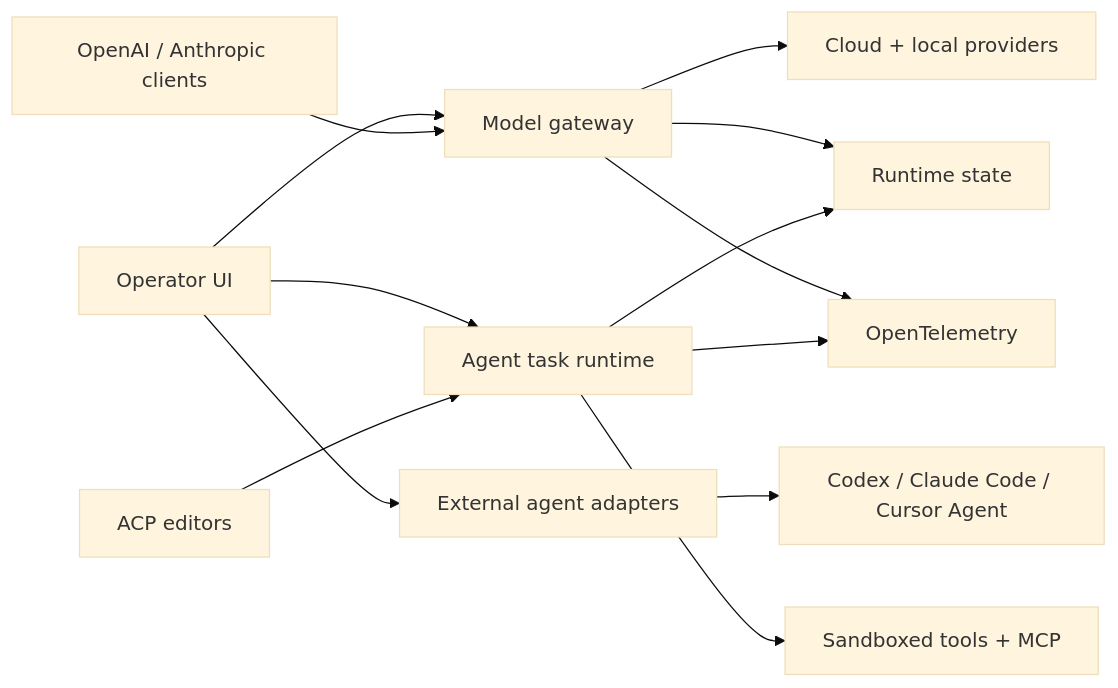
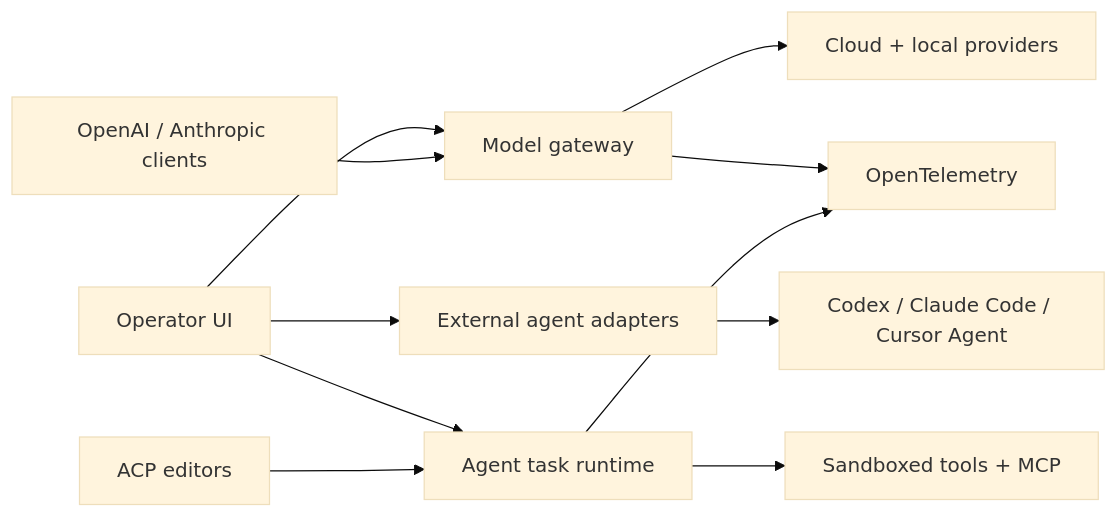
One commit to hecatehq/hecate changed the diagram in README.md. Above: the diagram before and after it, drawn with Mermaid (base theme).

Commit message:
docs(readme): simplify architecture diagram [skip ci]
Remove the runtime-state node from the README architecture diagram so the public overview stays focused on clients, gateway surfaces, providers, tools, and telemetry.

````diff
--- a/README.md
+++ b/README.md
@@ -109,24 +109,22 @@
 ```mermaid
 flowchart LR
     Console["Operator UI"]
     APIClients["OpenAI / Anthropic clients"]
     Editors["ACP editors"]
 
     Gateway["Model gateway"]
     AgentAdapters["External agent adapters"]
     Runtime["Agent task runtime"]
 
     Console --> Gateway
     Console --> AgentAdapters
     Console --> Runtime
     APIClients --> Gateway
     Editors --> Runtime
 
     Gateway --> Providers["Cloud + local providers"]
     AgentAdapters --> CLIs["Codex / Claude Code / Cursor Agent"]
     Runtime --> Tools["Sandboxed tools + MCP"]
-    Gateway --> State["Runtime state"]
-    Runtime --> State
     Gateway --> OTel["OpenTelemetry"]
     Runtime --> OTel
 ```
````
